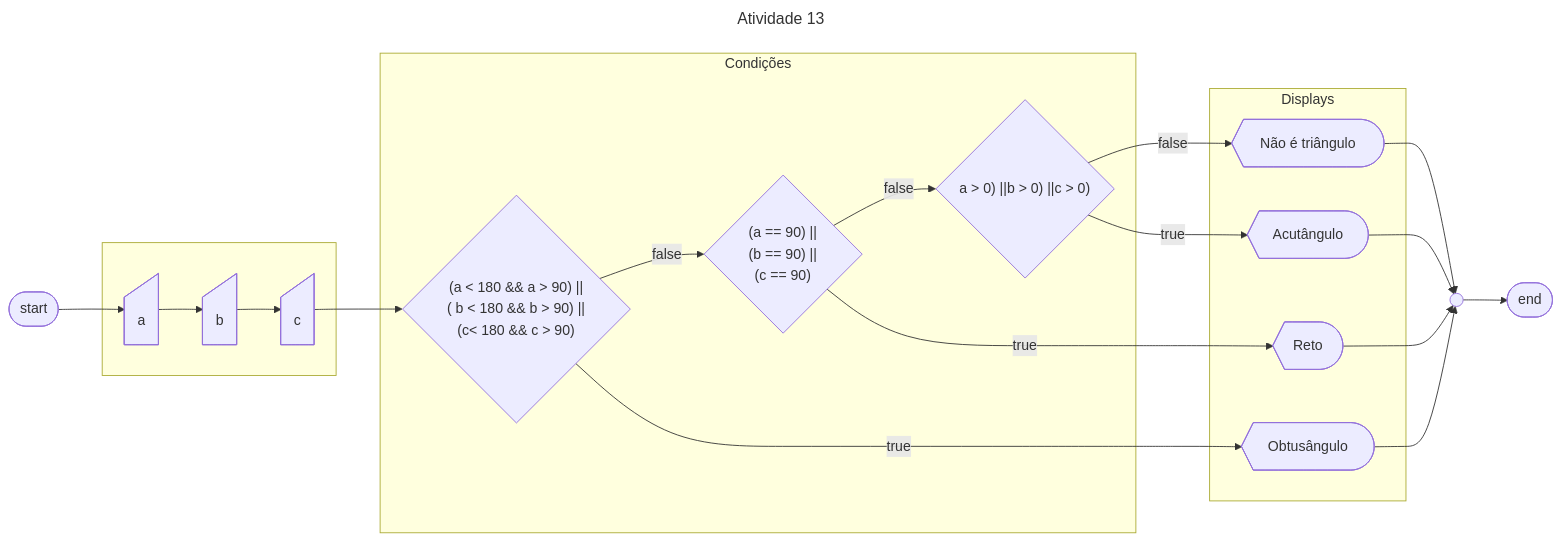
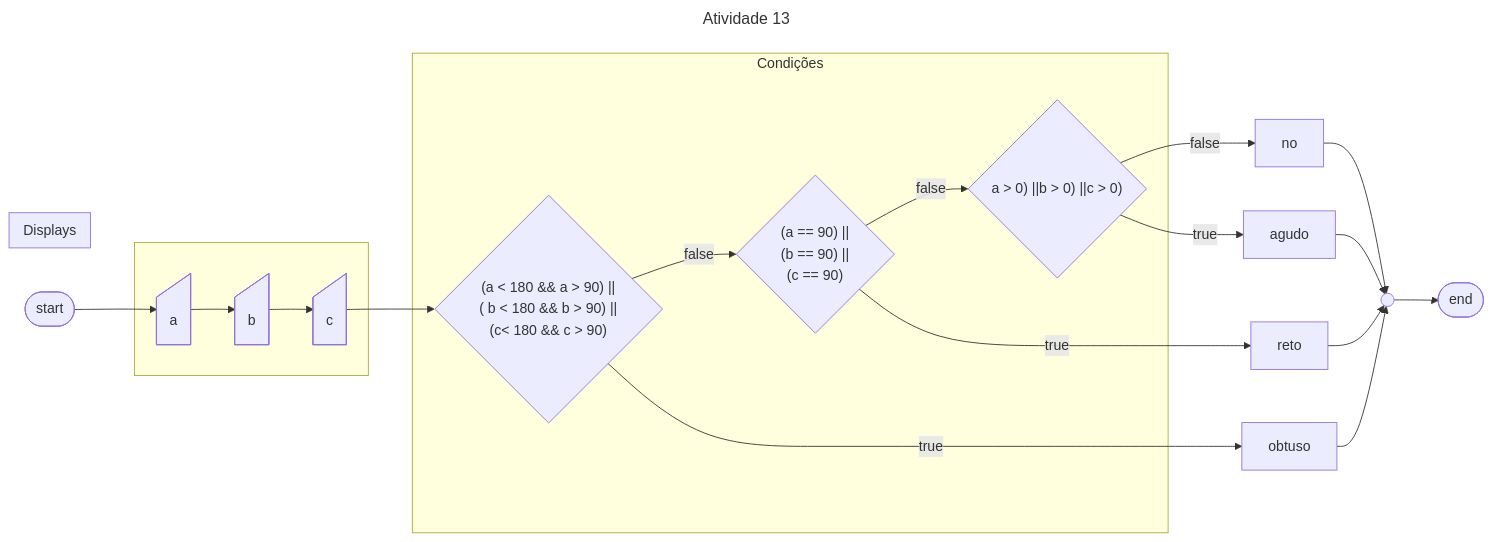
One commit to kf-martins-uel/algoritmos-atividade1 changed the seventh of 9 diagrams in Parte-2/README.md. Above: the diagram before and after it, drawn with Mermaid.

Commit message:
arruma pelo amor de deus

````diff
--- a/Parte-2/README.md
+++ b/Parte-2/README.md
@@ -341,30 +341,27 @@
 ```mermaid
 ---
 title: Atividade 13
 ---
 flowchart LR
     start([start])
     fim([end])
     conector((" ")) --> fim
     subgraph " "
         a@{shape: manual-input}
         b@{shape: manual-input}
         c@{shape: manual-input}
     end
     subgraph Condições
         if1{"`(a < 180 && a > 90) ||<br>( b < 180 && b > 90) ||<br>(c< 180 && c > 90)`"}
         if2{"(a == 90) ||<br>(b == 90) ||<br>(c == 90)"}
         if3{" a > 0) ||b > 0) ||c > 0)"}
     end
     subgraph Displays
-        no@{shape: display, label: "Não é triângulo"}
-        agudo@{shape: display, label: "Acutângulo"} 
-        reto@{shape: display, label: "Reto"} 
-        obtuso@{shape: display, label: "Obtusângulo"}
+
     end
     start --> a --> b --> c --> if1
     if1 --> |false| if2 --> |false| if3 --> |false| no --> conector
     if1 --> |true| obtuso --> conector
     if2 --> |true| reto --> conector
     if3 --> |true| agudo --> conector
 ```
````
